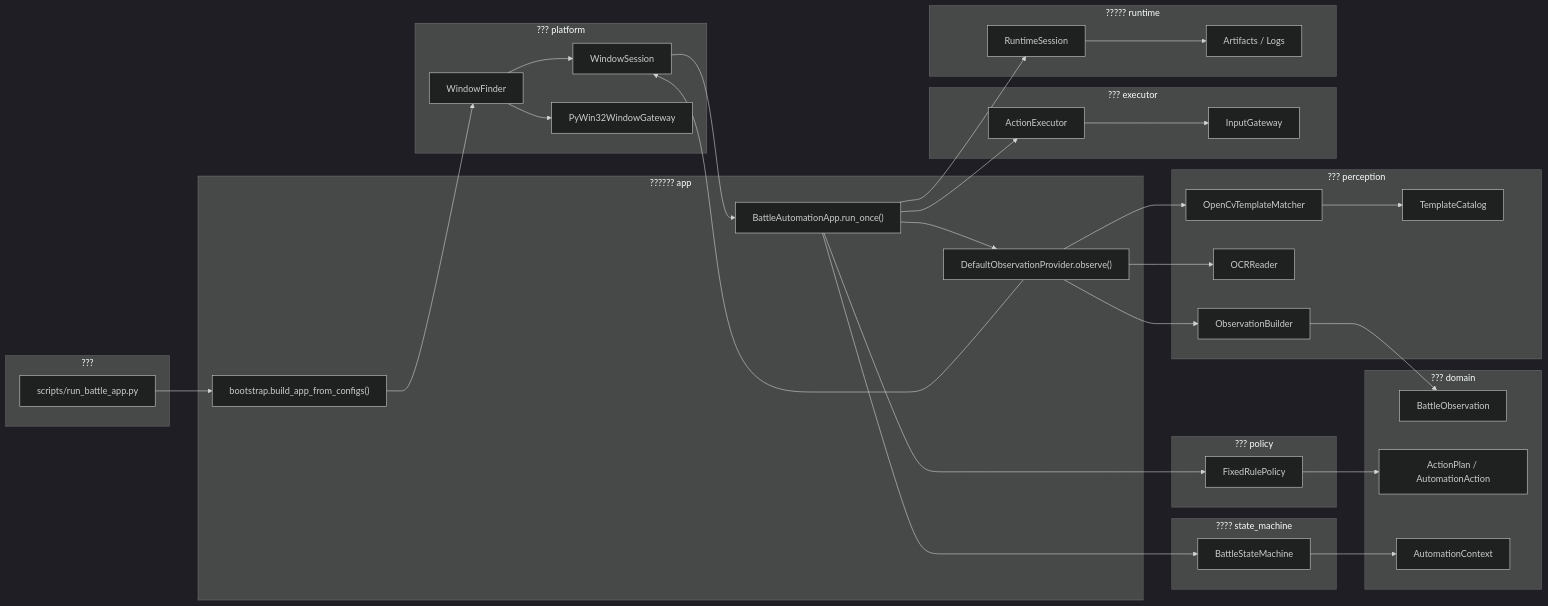
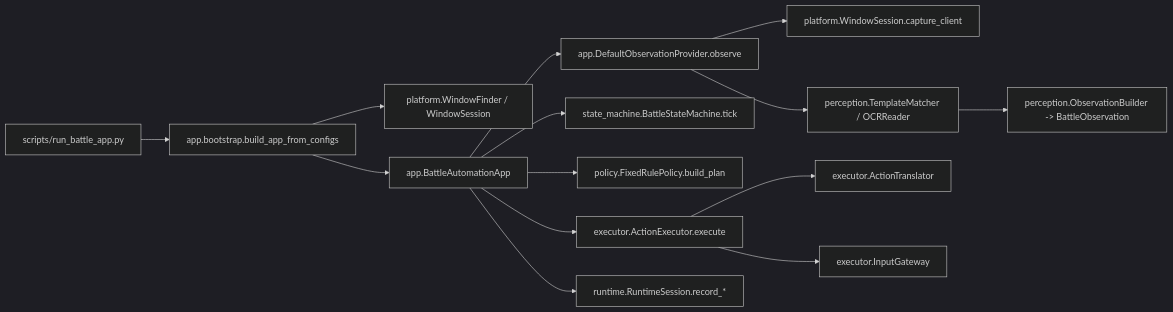
Before and after one commit to lijunyang369/codex: the first of 3 diagrams in dhxy2-automation/docs/runtime-flow.md, drawn with Mermaid (dark theme). The commit also changed other lines of this file and 53 other files, not shown here.

````diff
--- a/dhxy2-automation/docs/runtime-flow.md
+++ b/dhxy2-automation/docs/runtime-flow.md
@@ -15,62 +5,19 @@
 ```mermaid
 flowchart LR
-    subgraph Entry[???]
-        A["scripts/run_battle_app.py"]
-    end
+    A["scripts/run_battle_app.py"] --> B["app.bootstrap.build_app_from_configs"]
+    B --> C["platform.WindowFinder / WindowSession"]
+    B --> D["app.BattleAutomationApp"]
 
-    subgraph App[?????? app]
-        B["bootstrap.build_app_from_configs()"]
-        C["BattleAutomationApp.run_once()"]
-        D["DefaultObservationProvider.observe()"]
-    end
+    D --> E["app.DefaultObservationProvider.observe"]
+    E --> F["platform.WindowSession.capture_client"]
+    E --> G["perception.TemplateMatcher / OCRReader"]
+    G --> H["perception.ObservationBuilder -> BattleObservation"]
 
-    subgraph Platform[??? platform]
-        E["WindowFinder"]
-        F["WindowSession"]
-        G["PyWin32WindowGateway"]
-    end
+    D --> I["state_machine.BattleStateMachine.tick"]
+    D --> J["policy.FixedRulePolicy.build_plan"]
+    D --> K["executor.ActionExecutor.execute"]
+    K --> L["executor.ActionTranslator"]
+    K --> M["executor.InputGateway"]
 
-    subgraph Perception[??? perception]
-        H["TemplateCatalog"]
-        I["OpenCvTemplateMatcher"]
-        J["OCRReader"]
-        K["ObservationBuilder"]
-    end
-
-    subgraph Domain[??? domain]
-        L["BattleObservation"]
-        M["ActionPlan / AutomationAction"]
-        N["AutomationContext"]
-    end
-
-    subgraph StateMachine[???? state_machine]
-        O["BattleStateMachine"]
-    end
-
-    subgraph Policy[??? policy]
-        P["FixedRulePolicy"]
-    end
-
-    subgraph Executor[??? executor]
-        Q["ActionExecutor"]
-        R["InputGateway"]
-    end
-
-    subgraph Runtime[????? runtime]
-        S["RuntimeSession"]
-        T["Artifacts / Logs"]
-    end
-
-    A --> B --> E --> F --> C
-    E --> G
-    C --> D --> F
-    D --> I
-    D --> J
-    I --> H
-    D --> K --> L
-    C --> O
-    O --> N
-    C --> P --> M
-    C --> Q --> R
-    C --> S --> T
+    D --> N["runtime.RuntimeSession.record_*"]
 ```
````
